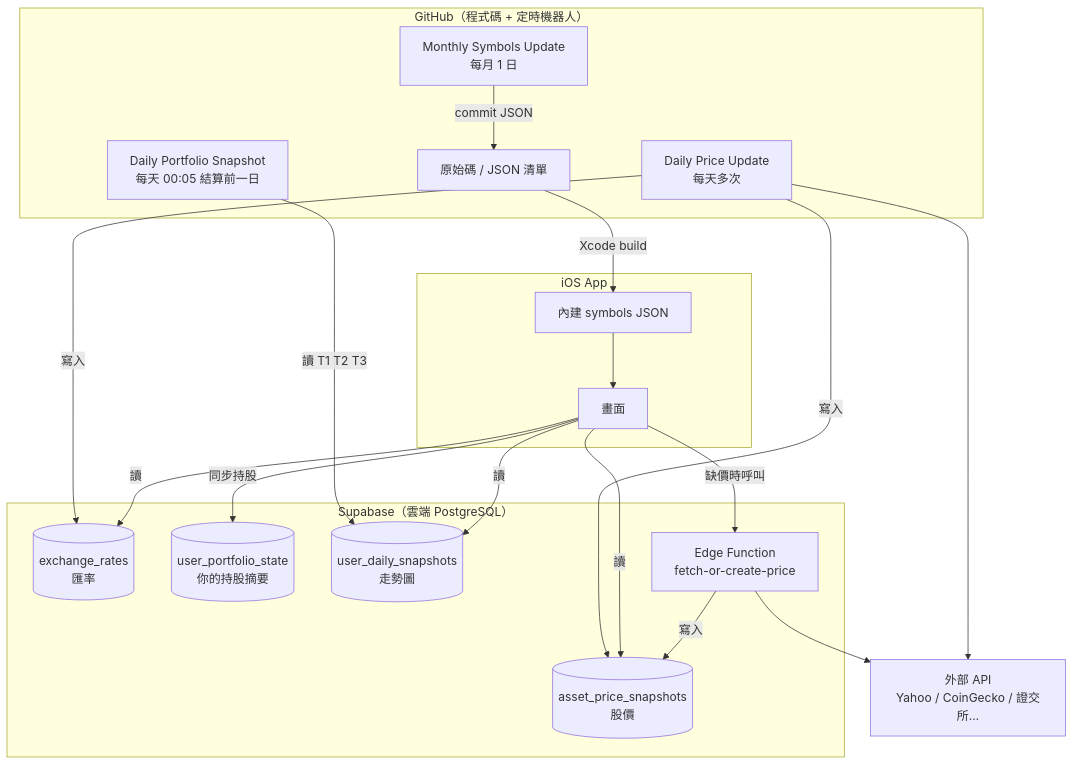
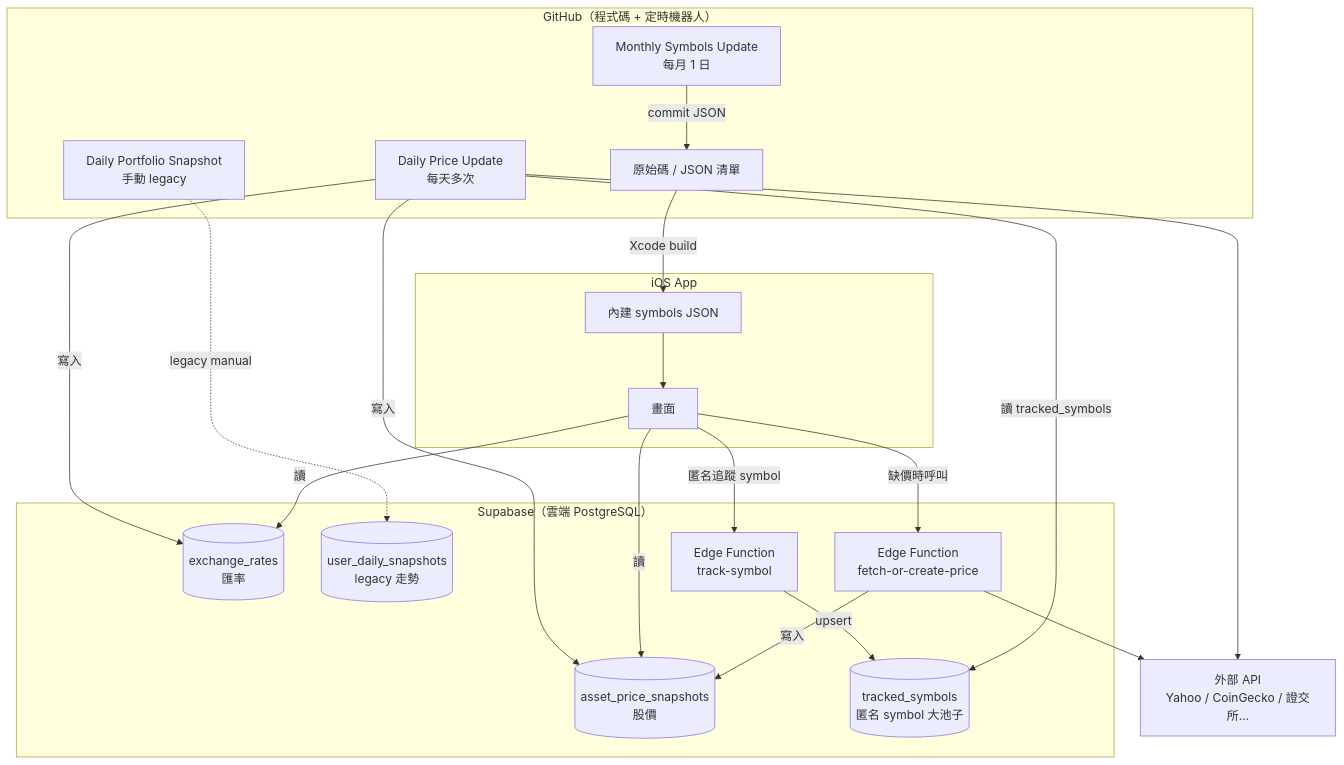
Before and after one commit to david04129/Snapvest: the diagram in ENGINEERING_HANDBOOK.md, drawn with Mermaid. The commit also changed other lines of this file and 44 other files, not shown here.

````diff
--- a/ENGINEERING_HANDBOOK.md
+++ b/ENGINEERING_HANDBOOK.md
@@ -47,40 +47,42 @@
 ```mermaid
 flowchart TB
     subgraph GitHub["GitHub（程式碼 + 定時機器人）"]
         Code[原始碼 / JSON 清單]
         WF1[Monthly Symbols Update<br/>每月 1 日]
         WF2[Daily Price Update<br/>每天多次]
-        WF3[Daily Portfolio Snapshot<br/>每天 00:05 結算前一日]
+        WF3[Daily Portfolio Snapshot<br/>手動 legacy]
     end
 
     subgraph Supabase["Supabase（雲端 PostgreSQL）"]
         T1[(asset_price_snapshots<br/>股價)]
         T2[(exchange_rates<br/>匯率)]
-        T3[(user_portfolio_state<br/>你的持股摘要)]
-        T4[(user_daily_snapshots<br/>走勢圖)]
+        T3[(tracked_symbols<br/>匿名 symbol 大池子)]
+        T4[(user_daily_snapshots<br/>legacy 走勢)]
         EF[Edge Function<br/>fetch-or-create-price]
+        EF2[Edge Function<br/>track-symbol]
     end
 
     subgraph App["iOS App"]
         UI[畫面]
         Bundle[內建 symbols JSON]
     end
 
     Ext[外部 API<br/>Yahoo / CoinGecko / 證交所…]
 
     WF1 -->|commit JSON| Code
     Code -->|Xcode build| Bundle
     Bundle --> UI
 
     WF2 -->|寫入| T1
     WF2 -->|寫入| T2
-    WF3 -->|讀 T1 T2 T3| T4
+    WF3 -. legacy manual .-> T4
     UI -->|讀| T1
     UI -->|讀| T2
-    UI -->|讀| T4
-    UI -->|同步持股| T3
+    UI -->|匿名追蹤 symbol| EF2
     UI -->|缺價時呼叫| EF
+    EF2 -->|upsert| T3
     EF --> Ext
     EF -->|寫入| T1
+    WF2 -->|讀 tracked_symbols| T3
     WF2 --> Ext
 ```
````
